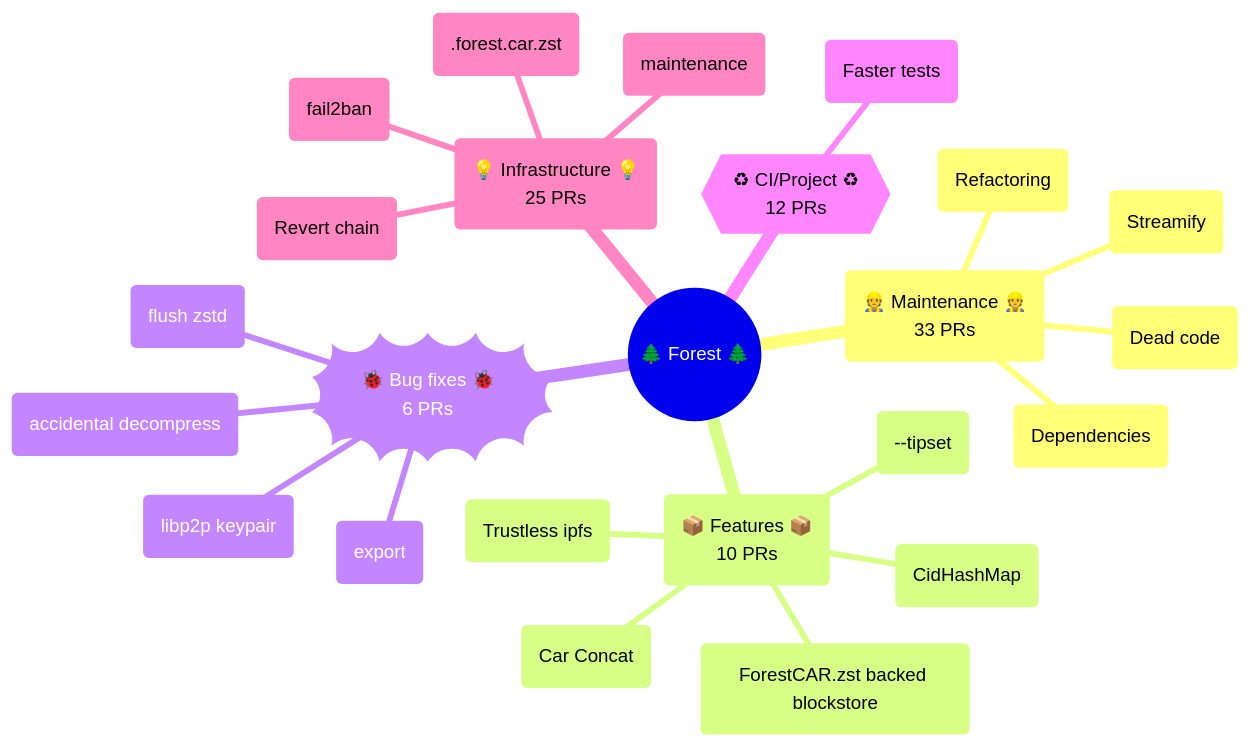
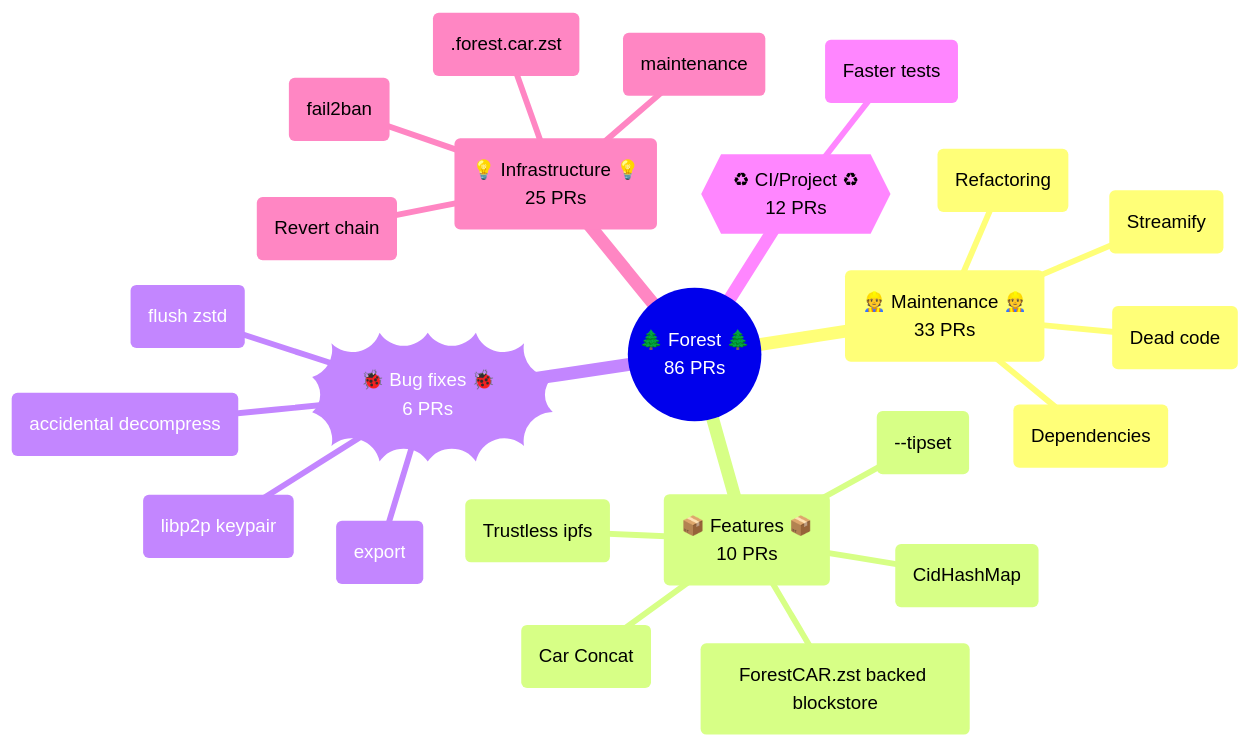
The first of 2 diagrams in documentation/mindmaps/2023-07-31.md (jennijuju/forest), drawn with Mermaid before and after one commit.

Commit message:
note total number of PRs

````diff
--- a/documentation/mindmaps/2023-07-31.md
+++ b/documentation/mindmaps/2023-07-31.md
@@ -3,27 +3,27 @@
 ```mermaid
 mindmap
-  root((🌲 Forest 🌲))
+  root((🌲 Forest 🌲<br>86 PRs))
     id(👷 Maintenance 👷<br>33 PRs)
       (Dead code)
       (Dependencies)
       (Streamify)
       (Refactoring)
     id(📦 Features 📦<br>10 PRs)
       (ForestCAR.zst backed blockstore)
       (CidHashMap)
       (Trustless ipfs)
       (\-\-tipset)
       (Car Concat)
     id))🐞 Bug fixes 🐞<br>6 PRs((
       (flush zstd)
       (accidental decompress)
       (libp2p keypair)
       (export)
     id{{♻ CI/Project ♻<br>12 PRs}}
       (Faster tests)
     id(💡 Infrastructure 💡<br>25 PRs)
       (Revert chain)
       (fail2ban)
       (.forest.car.zst)
       (maintenance)
 ```
````
